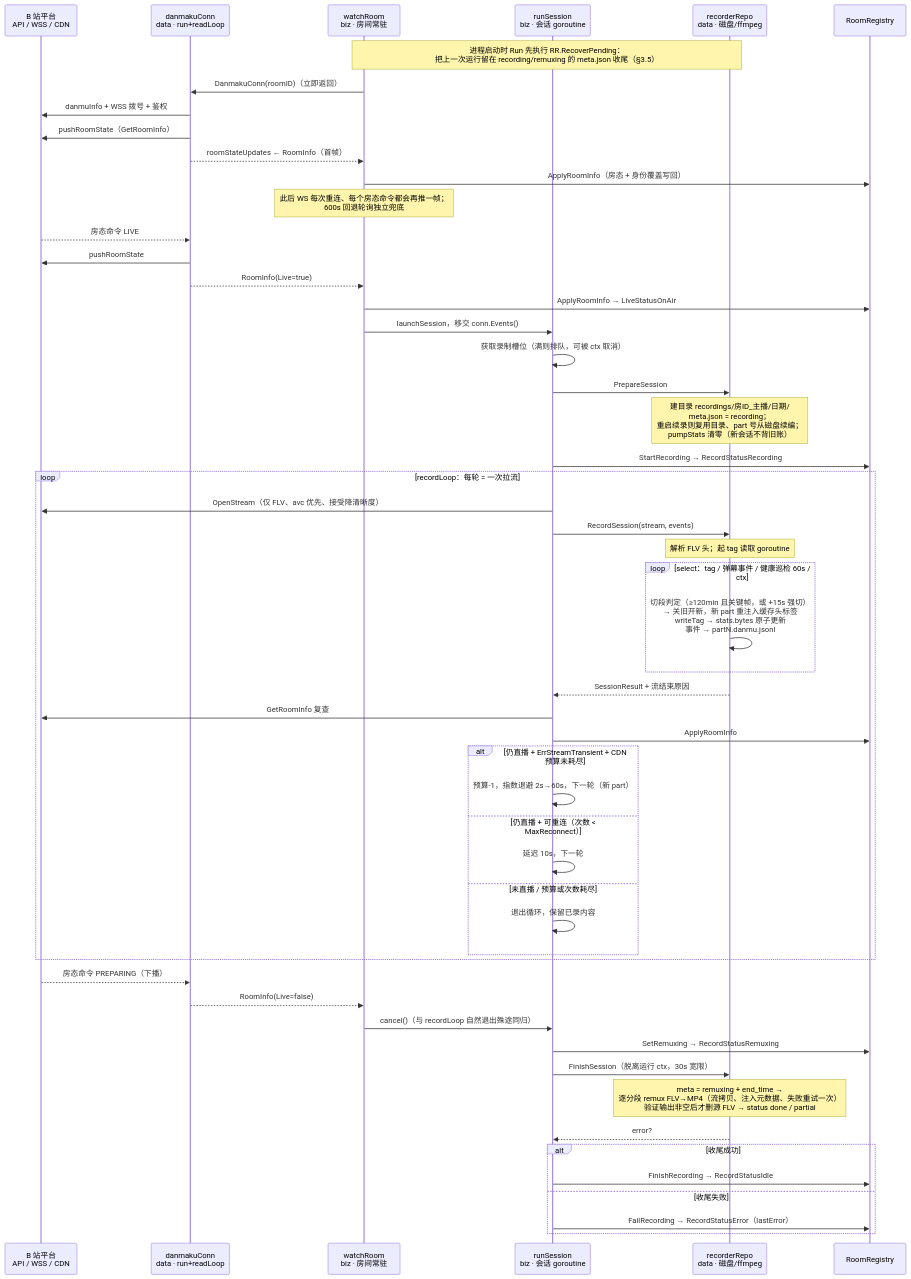
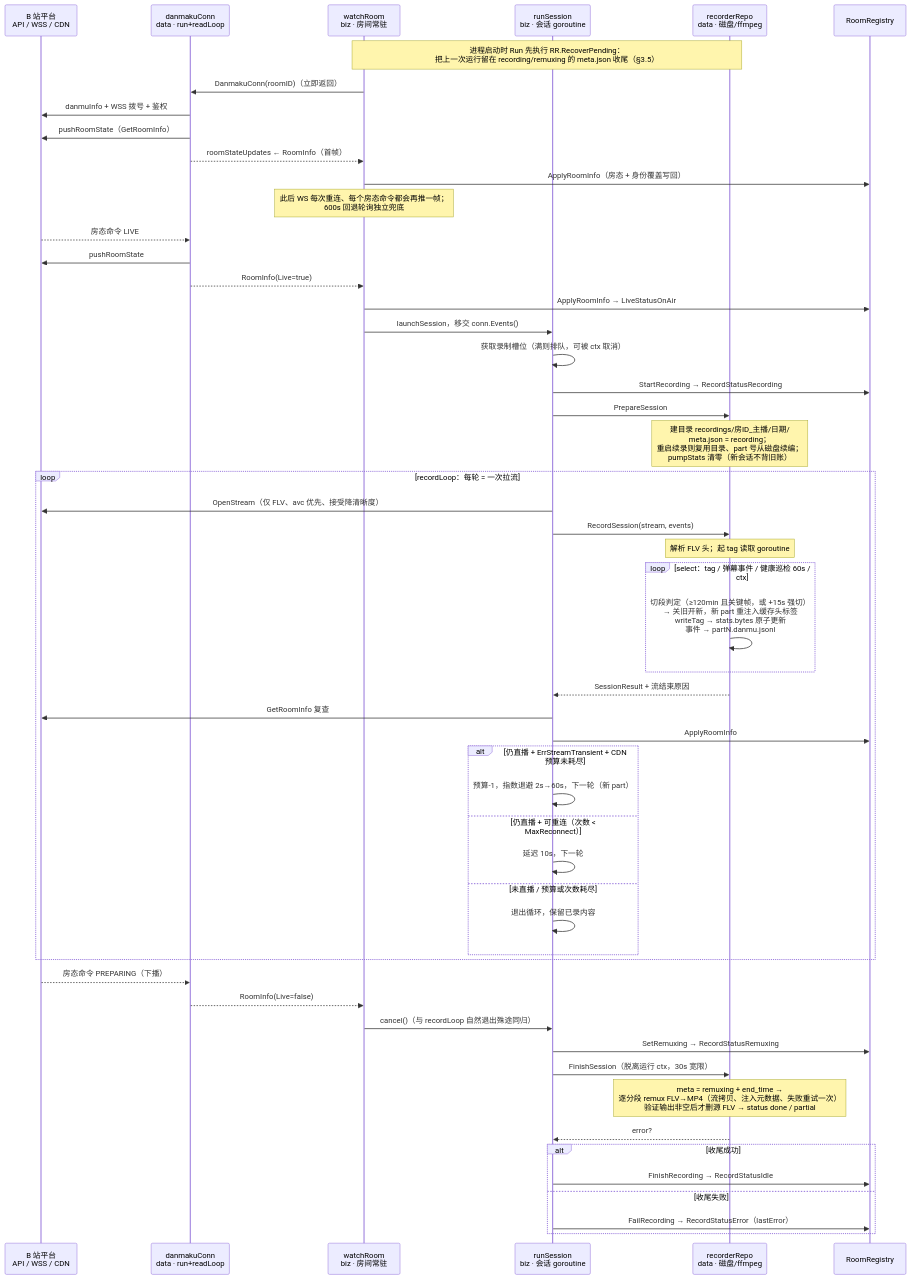
Before and after one commit to xgbt/suika: the third of 8 diagrams in docs/design/ddd-domain-model.md, drawn with Mermaid. The commit also changed other lines of this file, not shown here.

````diff
--- a/docs/design/ddd-domain-model.md
+++ b/docs/design/ddd-domain-model.md
@@ -370,61 +374,61 @@
 ```mermaid
 sequenceDiagram
   participant P as B 站平台<br/>API / WSS / CDN
   participant DC as danmakuConn<br/>data · run+readLoop
   participant WR as watchRoom<br/>biz · 房间常驻
   participant RS as runSession<br/>biz · 会话 goroutine
   participant RR as recorderRepo<br/>data · 磁盘/ffmpeg
   participant RG as RoomRegistry
 
   note over WR,RR: 进程启动时 Run 先执行 RR.RecoverPending：<br/>把上一次运行留在 recording/remuxing 的 meta.json 收尾（§3.5）
 
   WR->>DC: DanmakuConn(roomID)（立即返回）
   DC->>P: danmuInfo + WSS 拨号 + 鉴权
   DC->>P: pushRoomState（GetRoomInfo）
   DC-->>WR: roomStateUpdates ← RoomInfo（首帧）
   WR->>RG: ApplyRoomInfo（房态 + 身份覆盖写回）
   note over WR: 此后 WS 每次重连、每个房态命令都会再推一帧；<br/>600s 回退轮询独立兜底
 
   P-->>DC: 房态命令 LIVE
   DC->>P: pushRoomState
   DC-->>WR: RoomInfo(Live=true)
   WR->>RG: ApplyRoomInfo → LiveStatusOnAir
   WR->>RS: launchSession，移交 conn.Events()
 
   RS->>RS: 获取录制槽位（满则排队，可被 ctx 取消）
+  RS->>RG: StartRecording → RecordStatusRecording
   RS->>RR: PrepareSession
   note over RR: 建目录 recordings/房ID_主播/日期/<br/>meta.json = recording；<br/>重启续录则复用目录、part 号从磁盘续编；<br/>pumpStats 清零（新会话不背旧账）
-  RS->>RG: StartRecording → RecordStatusRecording
 
   loop recordLoop：每轮 = 一次拉流
     RS->>P: OpenStream（仅 FLV、avc 优先、接受降清晰度）
     RS->>RR: RecordSession(stream, events)
     note over RR: 解析 FLV 头；起 tag 读取 goroutine
     loop select：tag / 弹幕事件 / 健康巡检 60s / ctx
       RR->>RR: 切段判定（≥120min 且关键帧，或 +15s 强切）<br/>→ 关旧开新，新 part 重注入缓存头标签<br/>writeTag → stats.bytes 原子更新<br/>事件 → partN.danmu.jsonl
     end
     RR-->>RS: SessionResult + 流结束原因
     RS->>P: GetRoomInfo 复查
     RS->>RG: ApplyRoomInfo
     alt 仍直播 + ErrStreamTransient + CDN 预算未耗尽
       RS->>RS: 预算-1，指数退避 2s→60s，下一轮（新 part）
     else 仍直播 + 可重连（次数 < MaxReconnect）
       RS->>RS: 延迟 10s，下一轮
     else 未直播 / 预算或次数耗尽
       RS->>RS: 退出循环，保留已录内容
     end
   end
 
   P-->>DC: 房态命令 PREPARING（下播）
   DC-->>WR: RoomInfo(Live=false)
   WR->>RS: cancel()（与 recordLoop 自然退出殊途同归）
   RS->>RG: SetRemuxing → RecordStatusRemuxing
   RS->>RR: FinishSession（脱离运行 ctx，30s 宽限）
   note over RR: meta = remuxing + end_time →<br/>逐分段 remux FLV→MP4（流拷贝、注入元数据、失败重试一次）<br/>验证输出非空后才删源 FLV → status done / partial
   RR-->>RS: error?
   alt 收尾成功
     RS->>RG: FinishRecording → RecordStatusIdle
   else 收尾失败
     RS->>RG: FailRecording → RecordStatusError（lastError）
   end
 ```
````
